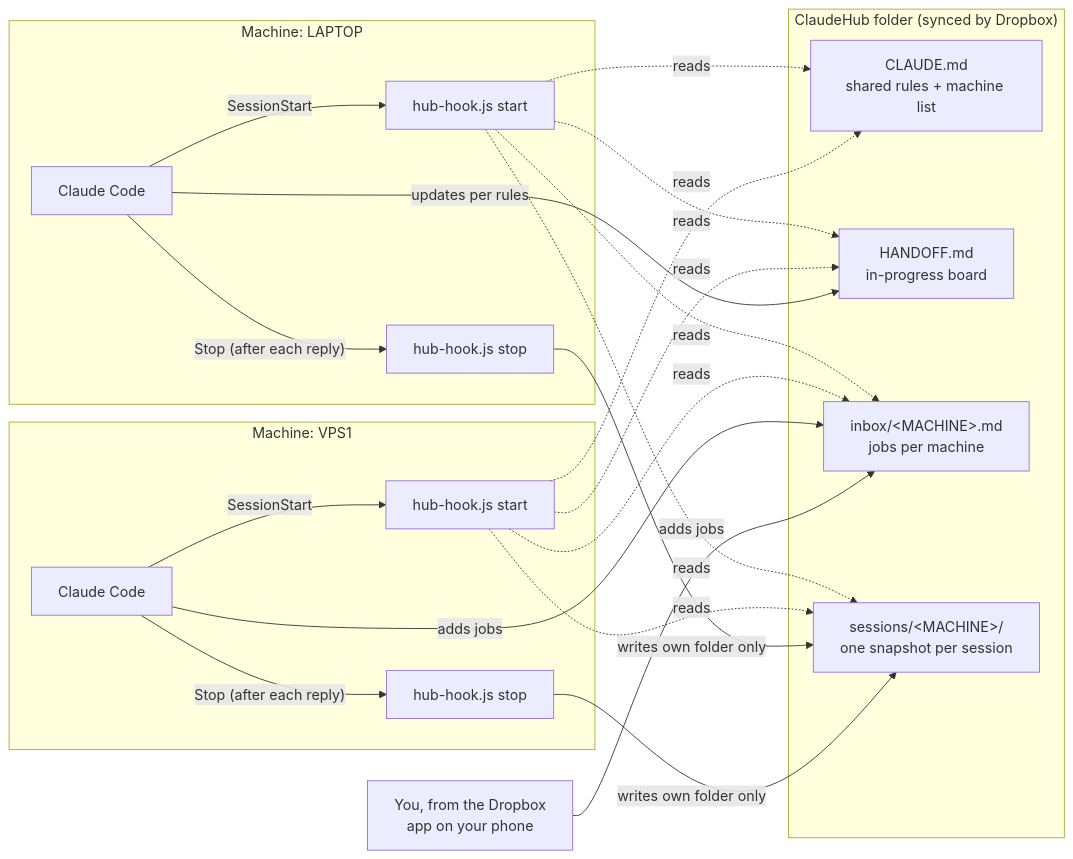
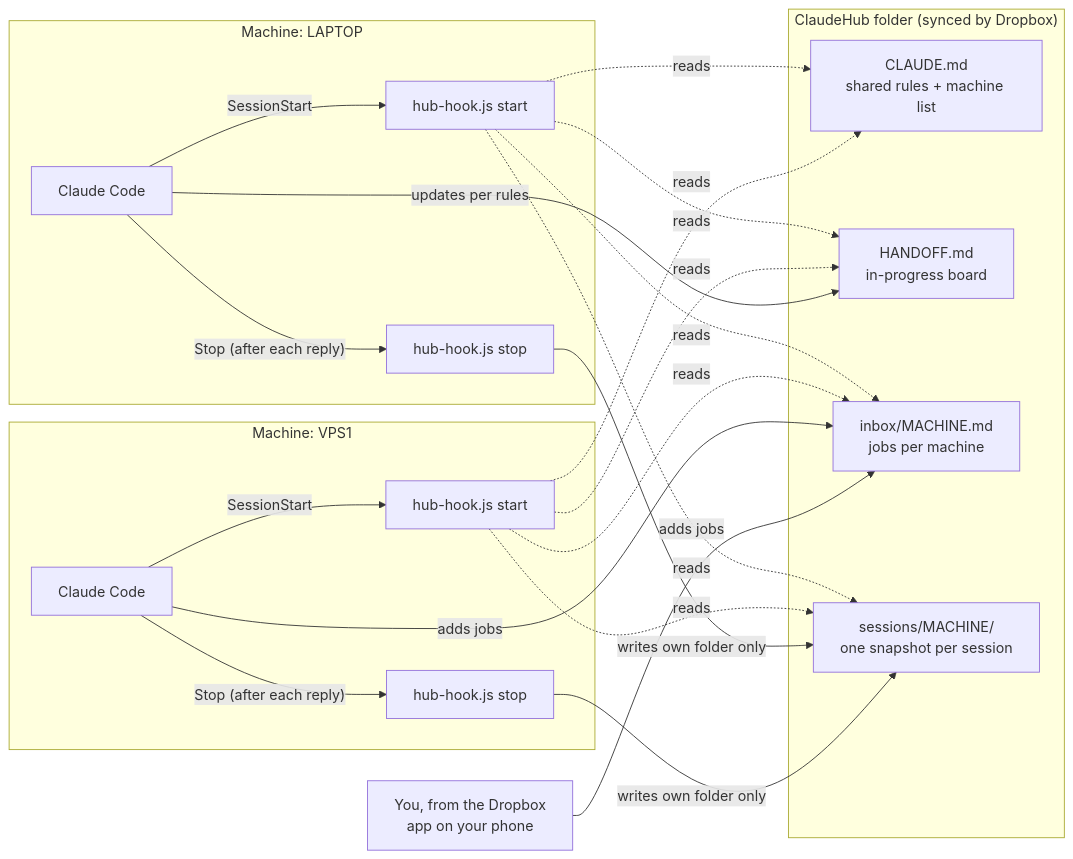
The diagram in README.md (asbasit/ClaudeHub), drawn with Mermaid before and after one commit.

Commit message:
README: plain labels in diagram
Claude-Session: https://claude.ai/code/session_012YMvrYdjGJZKK5bkzwsgAh

````diff
--- a/README.md
+++ b/README.md
@@ -16,26 +16,26 @@
 ```mermaid
 flowchart LR
     subgraph M1["Machine: LAPTOP"]
         CC1["Claude Code"] -- "SessionStart" --> H1["hub-hook.js start"]
         CC1 -- "Stop (after each reply)" --> S1["hub-hook.js stop"]
     end
     subgraph M2["Machine: VPS1"]
         CC2["Claude Code"] -- "SessionStart" --> H2["hub-hook.js start"]
         CC2 -- "Stop (after each reply)" --> S2["hub-hook.js stop"]
     end
 
     subgraph HUB["ClaudeHub folder (synced by Dropbox)"]
         RULES["CLAUDE.md<br/>shared rules + machine list"]
         HAND["HANDOFF.md<br/>in-progress board"]
-        INBOX["inbox/&lt;MACHINE&gt;.md<br/>jobs per machine"]
-        SESS["sessions/&lt;MACHINE&gt;/<br/>one snapshot per session"]
+        INBOX["inbox/MACHINE.md<br/>jobs per machine"]
+        SESS["sessions/MACHINE/<br/>one snapshot per session"]
     end
 
     H1 -. reads .-> RULES & HAND & INBOX & SESS
     H2 -. reads .-> RULES & HAND & INBOX & SESS
     S1 -- "writes own folder only" --> SESS
     S2 -- "writes own folder only" --> SESS
     CC1 -- "updates per rules" --> HAND
     CC2 -- "adds jobs" --> INBOX
     PHONE["You, from the Dropbox<br/>app on your phone"] -- "adds jobs" --> INBOX
 ```
````
